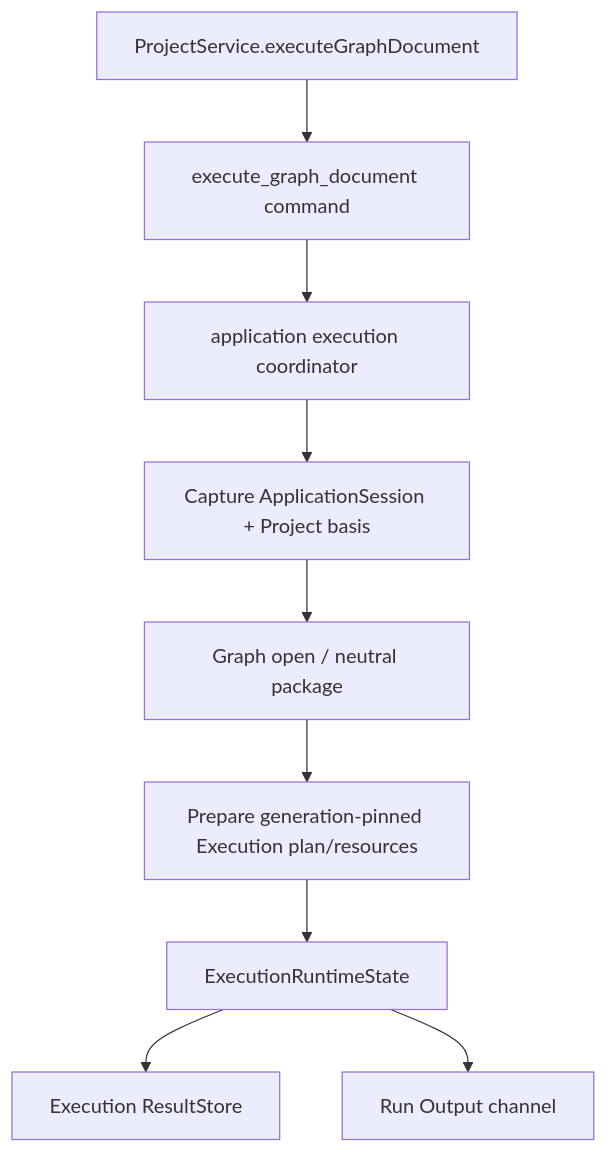
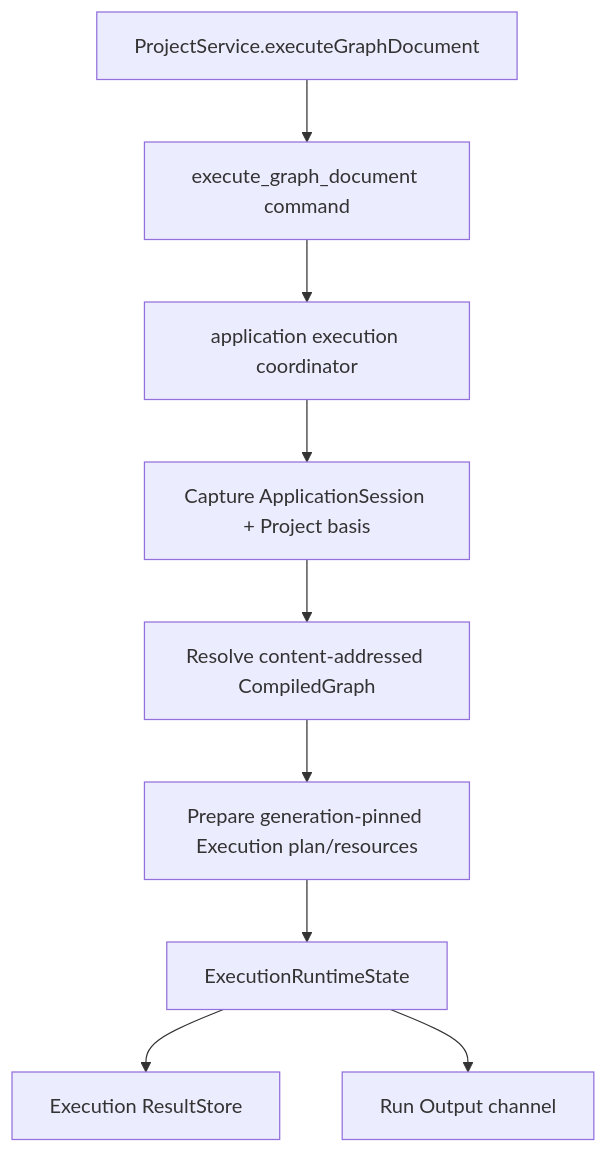
Before and after one commit to zhouyi207/YssBI: the third of 3 diagrams in docs/architecture/ARCHITECTURE.md, drawn with Mermaid. The commit also changed other lines of this file and 3 other files, not shown here.

First line of the commit message:
docs(graph): define pure dataflow compile contract

````diff
--- a/docs/architecture/ARCHITECTURE.md
+++ b/docs/architecture/ARCHITECTURE.md
@@ -550,11 +563,11 @@
 ```mermaid
 flowchart TD
   FE[ProjectService.executeGraphDocument] --> CMD[execute_graph_document command]
   CMD --> APP[application execution coordinator]
   APP --> CAP[Capture ApplicationSession + Project basis]
-  CAP --> LOAD[Graph open / neutral package]
+  CAP --> LOAD[Resolve content-addressed CompiledGraph]
   LOAD --> PREP[Prepare generation-pinned Execution plan/resources]
   PREP --> RUN[ExecutionRuntimeState]
   RUN --> RESULTS[Execution ResultStore]
   RUN --> OUTPUT[Run Output channel]
 ```
````
